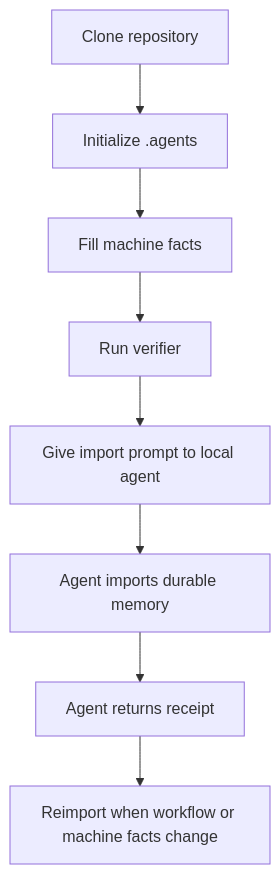
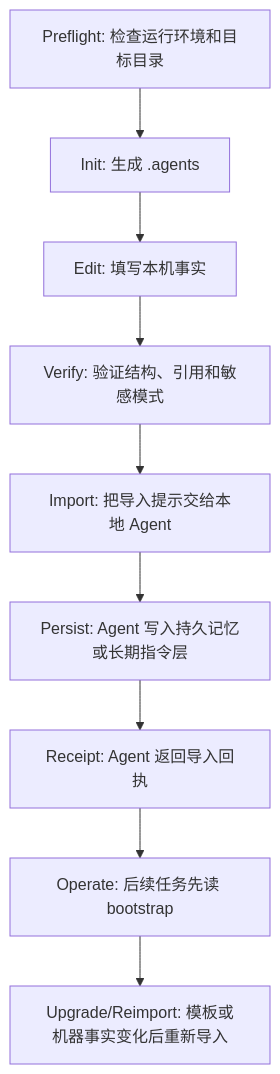
The diagram in README.md (s1oopX/agent-memory-workflow), drawn with Mermaid before and after one commit. The commit also changed other lines of this file and 3 other files, not shown here.

````diff
--- a/README.md
+++ b/README.md
@@ -103,10 +129,11 @@
 ```mermaid
 flowchart TD
-    A["Clone repository"] --> B["Initialize .agents"]
-    B --> C["Fill machine facts"]
-    C --> D["Run verifier"]
-    D --> E["Give import prompt to local agent"]
-    E --> F["Agent imports durable memory"]
-    F --> G["Agent returns receipt"]
-    G --> H["Reimport when workflow or machine facts change"]
+    A["Preflight: 检查运行环境和目标目录"] --> B["Init: 生成 .agents"]
+    B --> C["Edit: 填写本机事实"]
+    C --> D["Verify: 验证结构、引用和敏感模式"]
+    D --> E["Import: 把导入提示交给本地 Agent"]
+    E --> F["Persist: Agent 写入持久记忆或长期指令层"]
+    F --> G["Receipt: Agent 返回导入回执"]
+    G --> H["Operate: 后续任务先读 bootstrap"]
+    H --> I["Upgrade/Reimport: 模板或机器事实变化后重新导入"]
 ```
````
